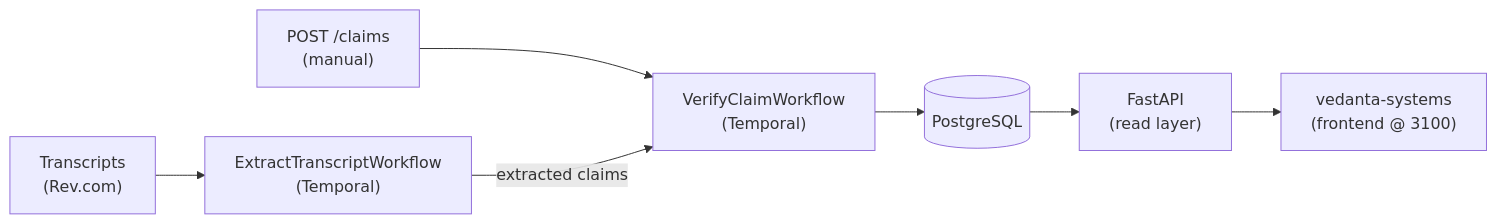
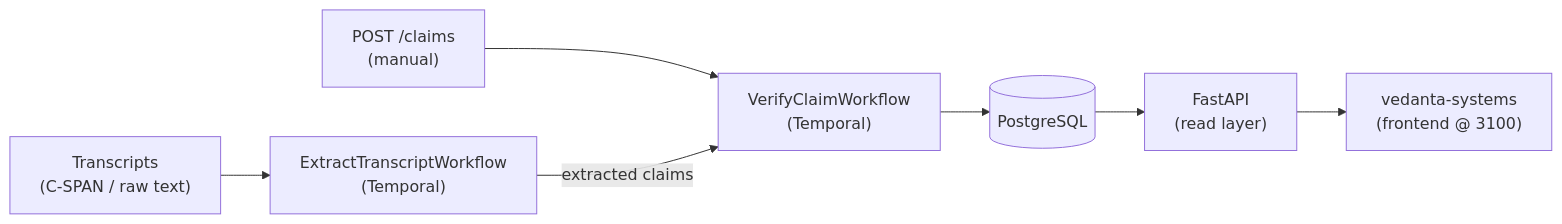
One commit to vedantadhobley/spin-cycle changed the first of 8 diagrams in ARCHITECTURE.md. Above: the diagram before and after it, drawn with Mermaid. The commit also changed other lines of this file and 22 other files, not shown here.

First line of the commit message:
refactor: centralize config, update docs for SpeakerTurn architecture

````diff
--- a/ARCHITECTURE.md
+++ b/ARCHITECTURE.md
@@ -7,9 +7,9 @@
 ```mermaid
 flowchart LR
-    T["Transcripts\n(Rev.com)"] --> TW["ExtractTranscriptWorkflow\n(Temporal)"]
+    T["Transcripts\n(C-SPAN / raw text)"] --> TW["ExtractTranscriptWorkflow\n(Temporal)"]
     API["POST /claims\n(manual)"] --> VW
     TW --> |"extracted claims"| VW["VerifyClaimWorkflow\n(Temporal)"]
     VW --> DB[(PostgreSQL)]
     DB --> FastAPI["FastAPI\n(read layer)"]
     FastAPI --> FE["vedanta-systems\n(frontend @ 3100)"]
 ```
````
